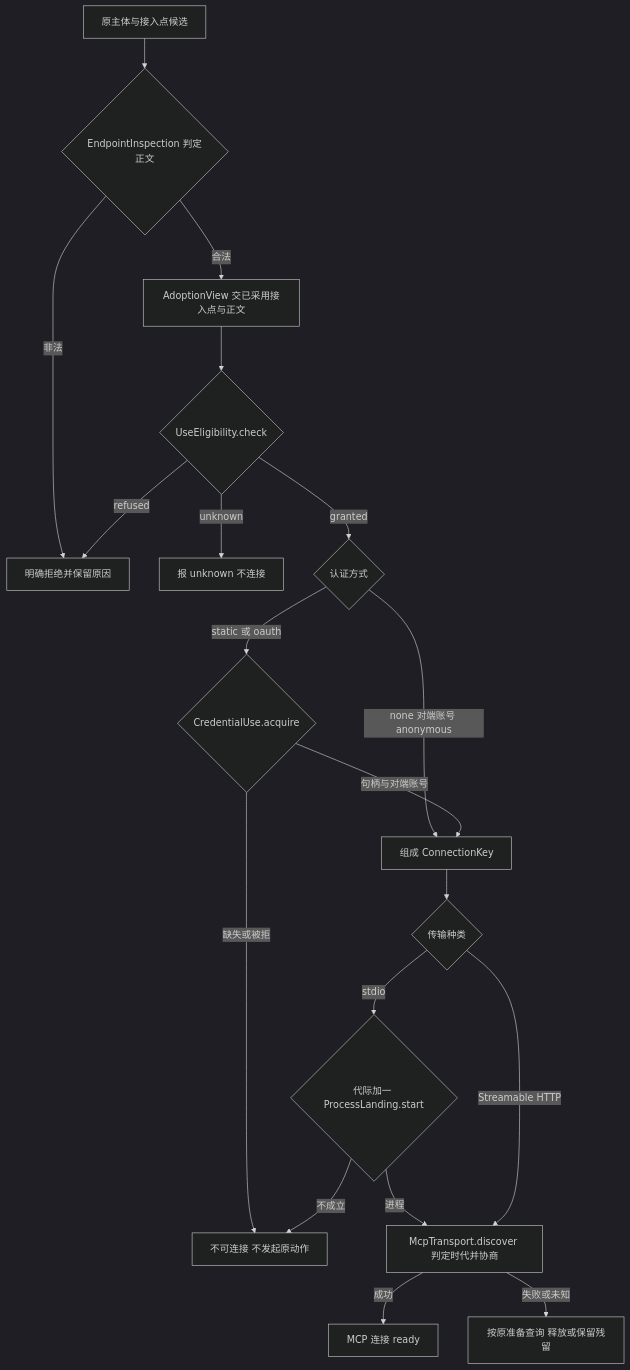
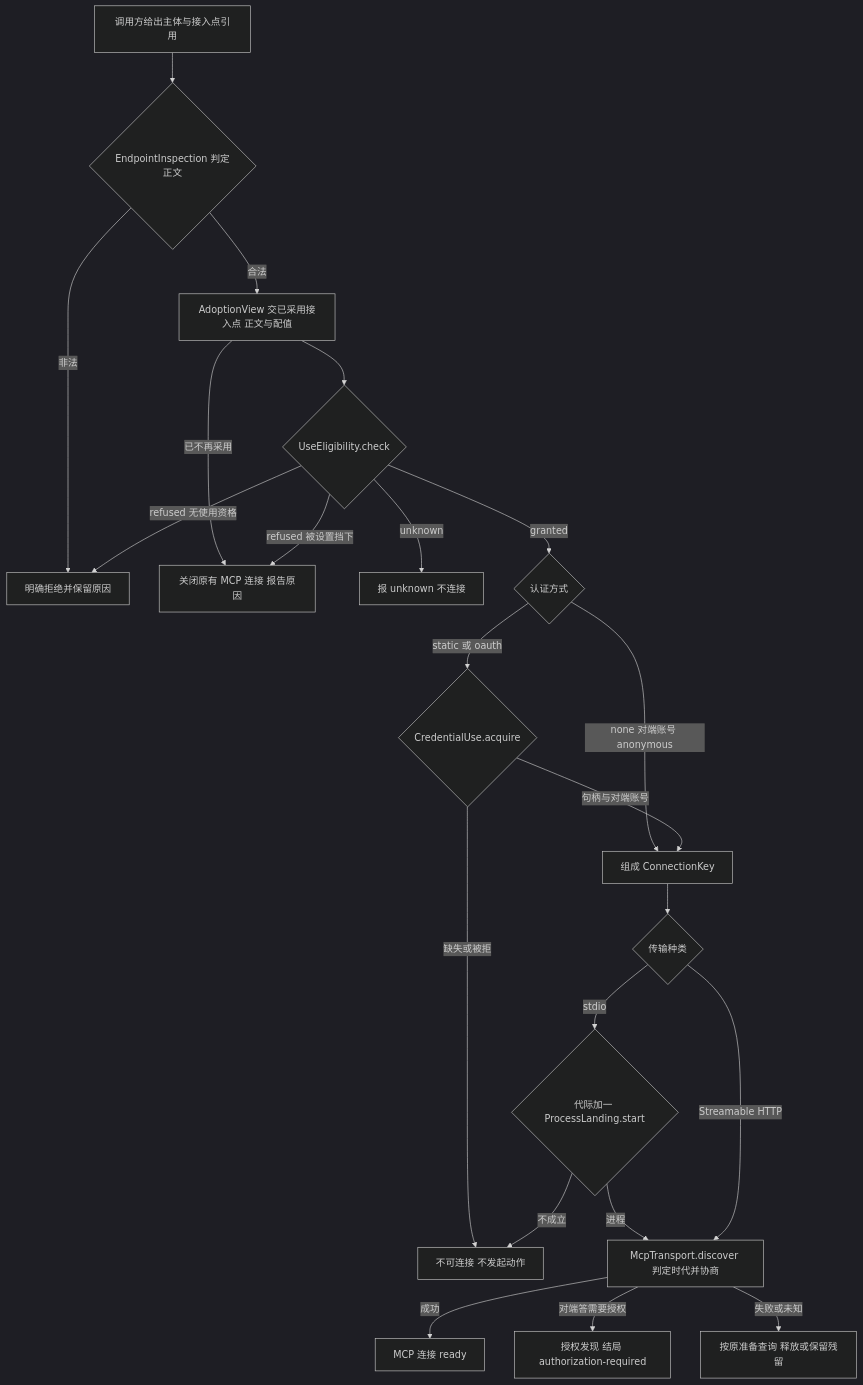
Before and after one commit to nemori-ai/omne-harness-lite: the first of 3 diagrams in packages/mcp/docs/key-flows.md, drawn with Mermaid (dark theme). The commit also changed other lines of this file and 5 other files, not shown here.

````diff
--- a/packages/mcp/docs/key-flows.md
+++ b/packages/mcp/docs/key-flows.md
@@ -19,21 +20,24 @@
 ```mermaid
 flowchart TD
-    A[原主体与接入点候选] --> B{EndpointInspection 判定正文}
+    A[调用方给出主体与接入点引用] --> B{EndpointInspection 判定正文}
     B -->|非法| R[明确拒绝并保留原因]
-    B -->|合法| C[AdoptionView 交已采用接入点与正文]
+    B -->|合法| C[AdoptionView 交已采用接入点 正文与配值]
+    C -->|已不再采用| X[关闭原有 MCP 连接 报告原因]
     C --> Q{UseEligibility.check}
-    Q -->|refused| R
+    Q -->|refused 被设置挡下| X
+    Q -->|refused 无使用资格| R
     Q -->|unknown| N[报 unknown 不连接]
     Q -->|granted| M{认证方式}
     M -->|none 对端账号 anonymous| K[组成 ConnectionKey]
     M -->|static 或 oauth| D{CredentialUse.acquire}
-    D -->|缺失或被拒| U[不可连接 不发起原动作]
+    D -->|缺失或被拒| U[不可连接 不发起动作]
     D -->|句柄与对端账号| K
     K --> S{传输种类}
     S -->|stdio| L{代际加一 ProcessLanding.start}
     L -->|不成立| U
     L -->|进程| E[McpTransport.discover 判定时代并协商]
     S -->|Streamable HTTP| E
     E -->|成功| G[MCP 连接 ready]
+    E -->|对端答需要授权| Z[授权发现 结局 authorization-required]
     E -->|失败或未知| H[按原准备查询 释放或保留残留]
 ```
````
